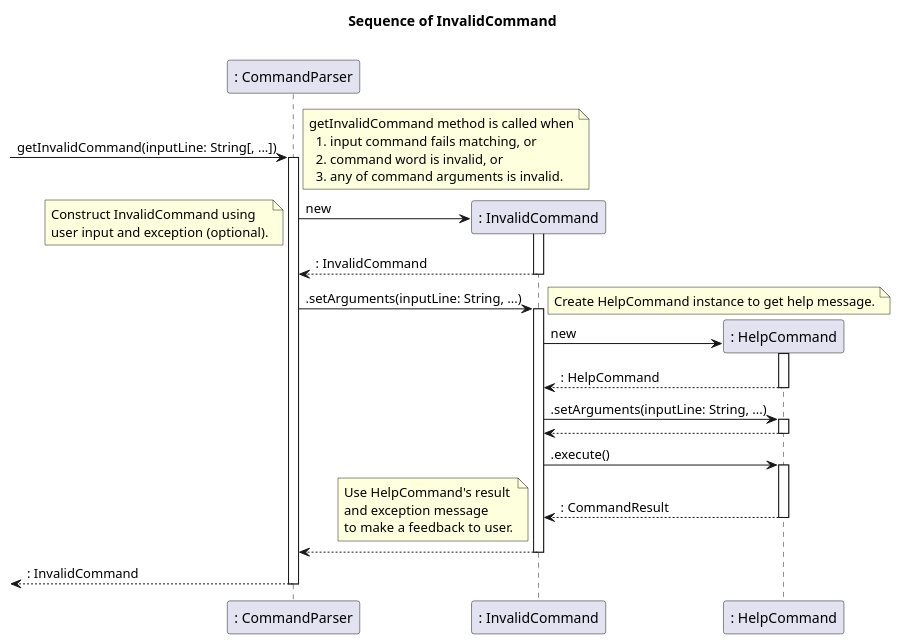
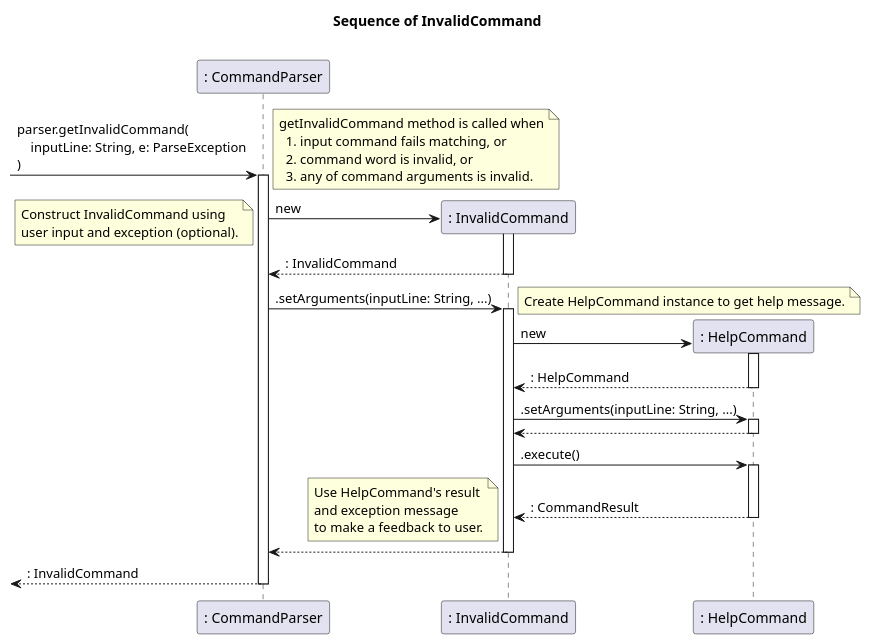
The diagram in docs/diagrams/InvalidCommand.puml (nus-cs2113-AY2324S1/tp), drawn with PlantUML before and after one commit. The commit also changed 2 other files, not shown here.

```diff
--- a/docs/diagrams/InvalidCommand.puml
+++ b/docs/diagrams/InvalidCommand.puml
@@ -1,42 +1,42 @@
 @startuml
 
 title Sequence of InvalidCommand\n
 
 participant ": CommandParser" as parser
 participant ": InvalidCommand" as invalidCmd
 participant ": HelpCommand" as helpCmd
 
-[-> parser ++: getInvalidCommand(inputLine: String[, ...])
+[-> parser ++: parser.getInvalidCommand(\n    inputLine: String, e: ParseException\n)
 note left
 getInvalidCommand method is called when
   1. input command fails matching, or
   2. command word is invalid, or
   3. any of command arguments is invalid.
 end note
 
 create invalidCmd
 parser -> invalidCmd ++: new
 note left: Construct InvalidCommand using\nuser input and exception (optional).
 return : InvalidCommand
 
 parser -> invalidCmd ++: .setArguments(inputLine: String, ...)
 note right: Create HelpCommand instance to get help message.
 
 create helpCmd
 invalidCmd -> helpCmd ++: new
 return : HelpCommand
 invalidCmd -> helpCmd ++: .setArguments(inputLine: String, ...)
 return
 invalidCmd -> helpCmd ++: .execute()
 return : CommandResult
 note left
 Use HelpCommand's result
 and exception message
 to make a feedback to user.
 end note
 
 return
 
 return : InvalidCommand
 
 @enduml
```
